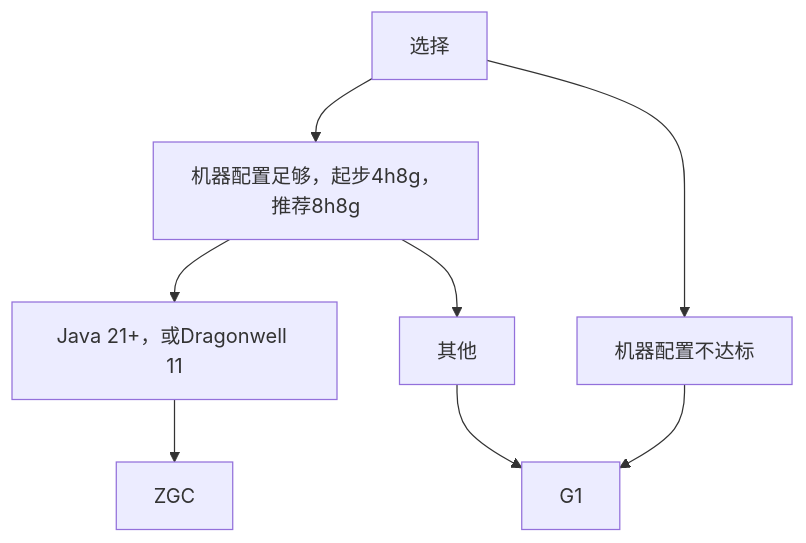
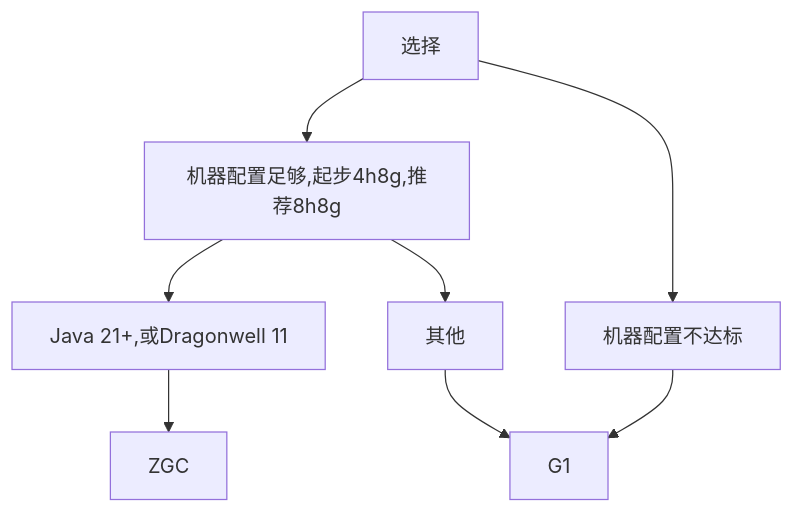
The second of 2 diagrams in docs-java/process/maintenance/optimize/jvm/jvm.md (postyizhan/NitWikit), drawn with Mermaid before and after one commit. The commit also changed other lines of this file and 3 other files, not shown here.

````diff
--- a/docs-java/process/maintenance/optimize/jvm/jvm.md
+++ b/docs-java/process/maintenance/optimize/jvm/jvm.md
@@ -119,11 +122,8 @@
 ```mermaid
 flowchart TD
     A[选择]
-    A --> B[机器配置足够，起步4h8g，推荐8h8g]
-    A --> 机器配置不达标
-    B --> C[Java 21+，或Dragonwell 11]
-    B --> 其他
-    C --> ZGC
-    其他 --> G1
-    机器配置不达标 --> G1
+    A --> B[机器配置足够,起步4h8g,推荐8h8g]
+    A --> 机器配置不达标 --> G1
+    B --> C[Java 21+,或Dragonwell 11] --> ZGC
+    B --> 其他 --> G1
 ```
````
